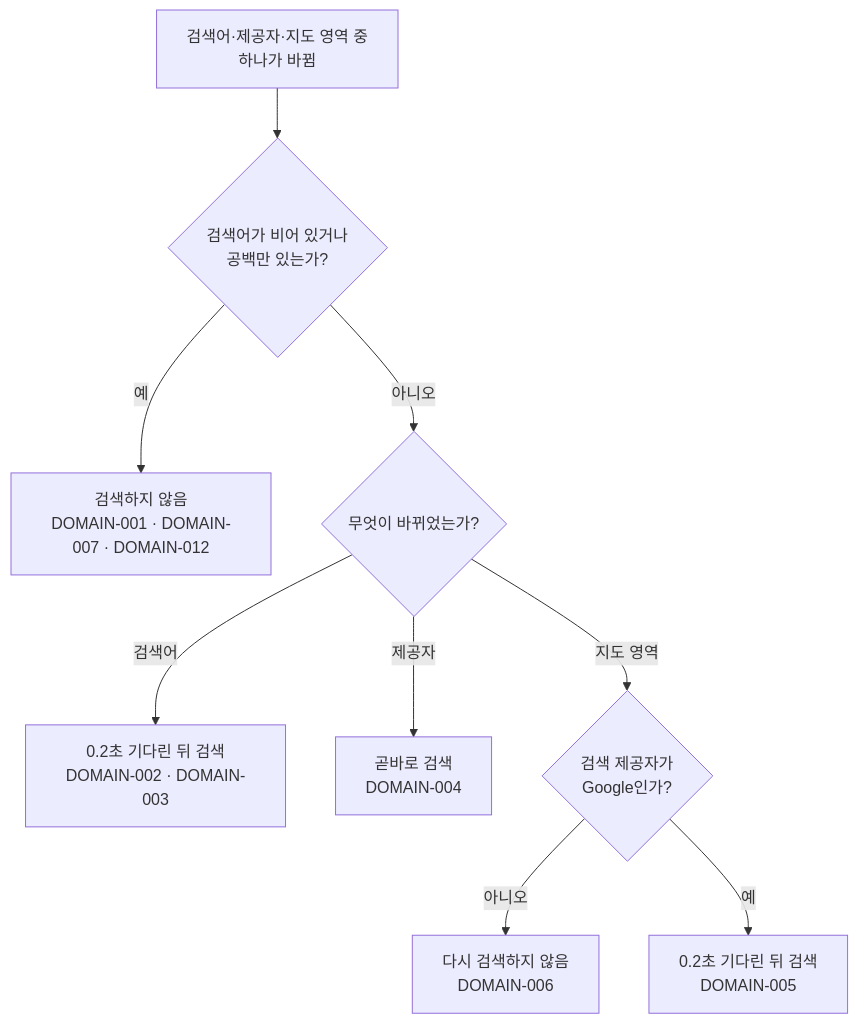
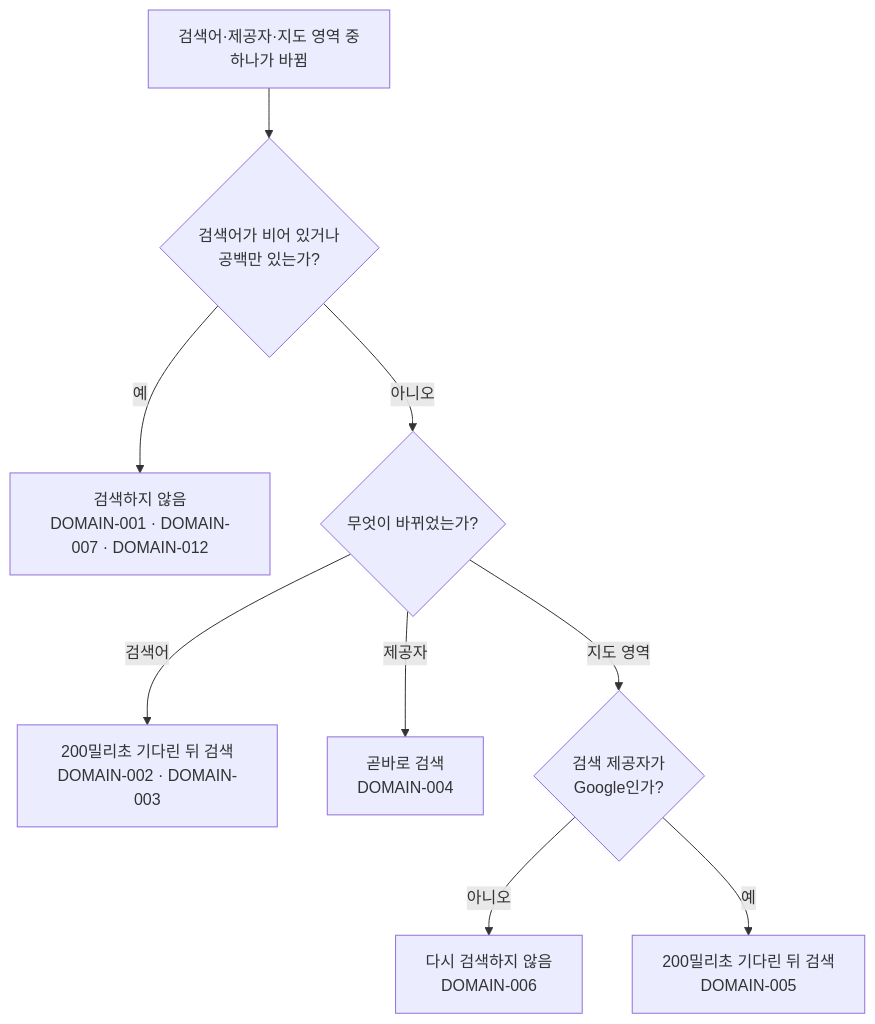
One commit to taetae98coding/DiaryKMP changed the diagram in docs/testcase/place-search-dialog.md. Above: the diagram before and after it, drawn with Mermaid. The commit also changed other lines of this file and 3 other files, not shown here.

````diff
--- a/docs/testcase/place-search-dialog.md
+++ b/docs/testcase/place-search-dialog.md
@@ -148,11 +148,11 @@
 ```mermaid
 flowchart TD
     start["검색어·제공자·지도 영역 중<br/>하나가 바뀜"] --> query{"검색어가 비어 있거나<br/>공백만 있는가?"}
     query -- 예 --> clear["검색하지 않음<br/>DOMAIN-001 · DOMAIN-007 · DOMAIN-012"]
     query -- 아니오 --> what{"무엇이 바뀌었는가?"}
-    what -- "검색어" --> wait["0.2초 기다린 뒤 검색<br/>DOMAIN-002 · DOMAIN-003"]
+    what -- "검색어" --> wait["200밀리초 기다린 뒤 검색<br/>DOMAIN-002 · DOMAIN-003"]
     what -- "제공자" --> now["곧바로 검색<br/>DOMAIN-004"]
     what -- "지도 영역" --> provider{"검색 제공자가<br/>Google인가?"}
     provider -- 아니오 --> skip["다시 검색하지 않음<br/>DOMAIN-006"]
-    provider -- 예 --> gwait["0.2초 기다린 뒤 검색<br/>DOMAIN-005"]
+    provider -- 예 --> gwait["200밀리초 기다린 뒤 검색<br/>DOMAIN-005"]
 ```
````
